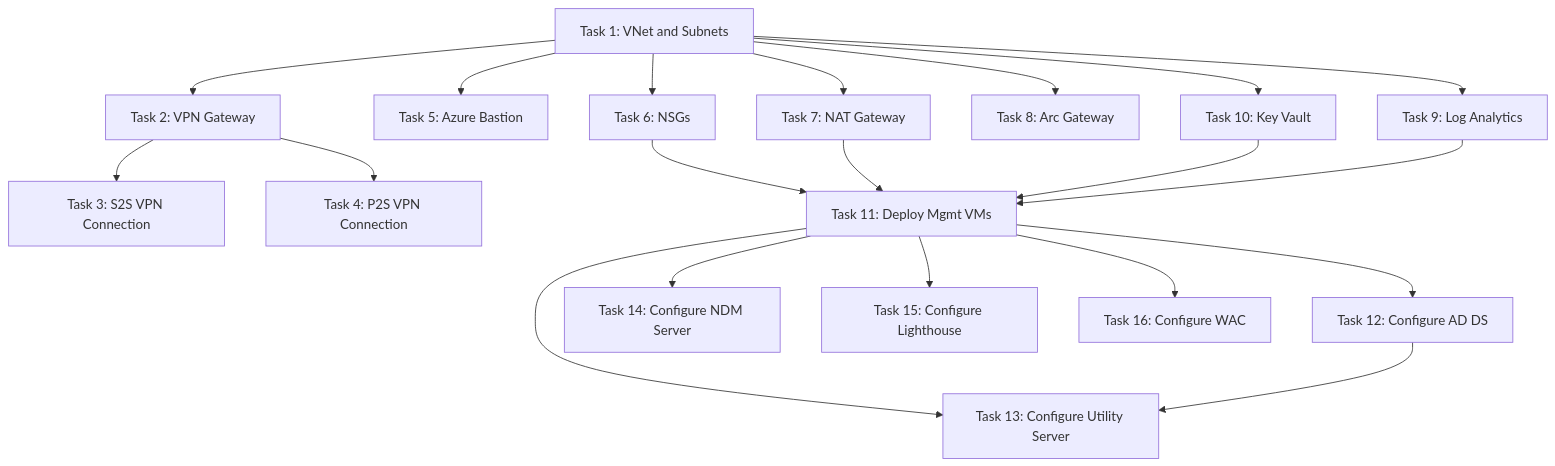
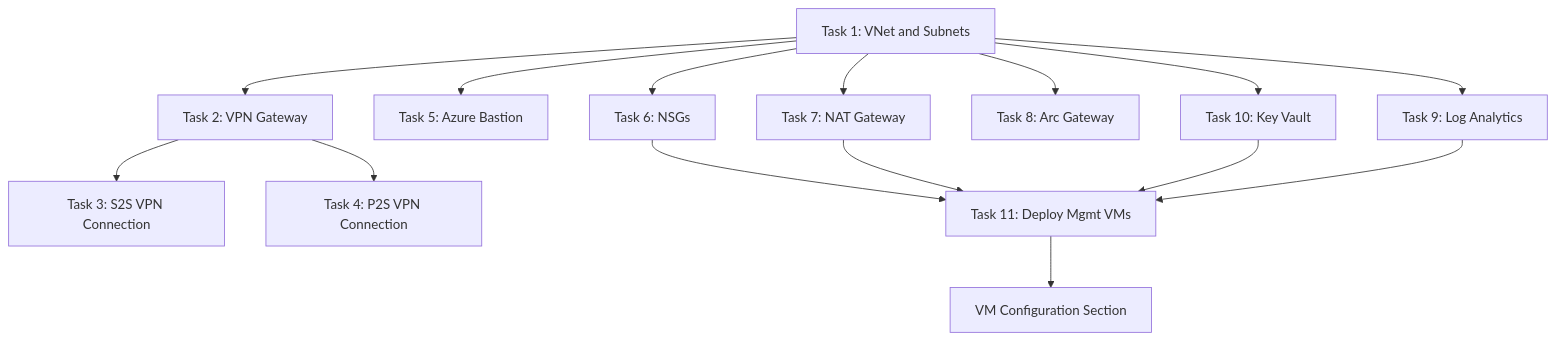
The diagram in docs/implementation/02-azure-foundation/phase-04-azure-management-infrastructure/02-manual-deployment/index.mdx (AzureLocal/azurelocal.github.io), drawn with Mermaid before and after one commit. The commit also changed other lines of this file and 24 other files, not shown here.

````diff
--- a/docs/implementation/02-azure-foundation/phase-04-azure-management-infrastructure/02-manual-deployment/index.mdx
+++ b/docs/implementation/02-azure-foundation/phase-04-azure-management-infrastructure/02-manual-deployment/index.mdx
@@ -132,22 +127,17 @@
 ```mermaid
 graph TD
  A[Task 1: VNet and Subnets] --> B[Task 2: VPN Gateway]
  B --> C[Task 3: S2S VPN Connection]
  B --> D[Task 4: P2S VPN Connection]
  A --> E[Task 5: Azure Bastion]
  A --> F[Task 6: NSGs]
  A --> G[Task 7: NAT Gateway]
  A --> H[Task 8: Arc Gateway]
  A --> I[Task 9: Log Analytics]
  A --> J[Task 10: Key Vault]
  F --> K[Task 11: Deploy Mgmt VMs]
  G --> K
  J --> K
  I --> K
- K --> L[Task 12: Configure AD DS]
- K --> M[Task 13: Configure Utility Server]
- K --> N[Task 14: Configure NDM Server]
- K --> O[Task 15: Configure Lighthouse]
- K --> P[Task 16: Configure WAC]
- L --> M
+ K --> L[VM Configuration Section]
 ```
````
